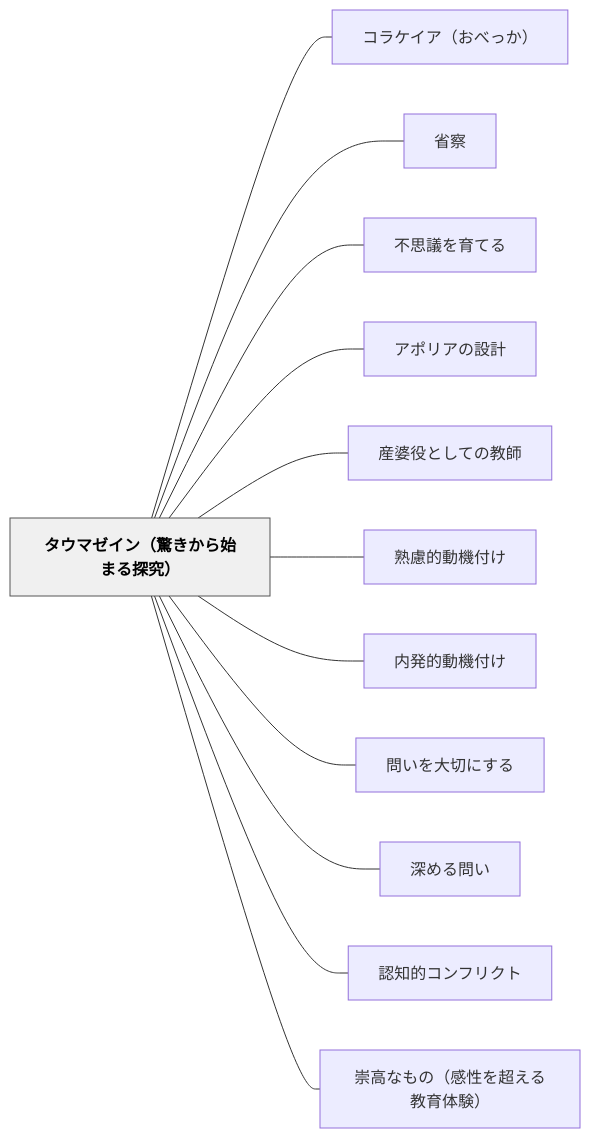
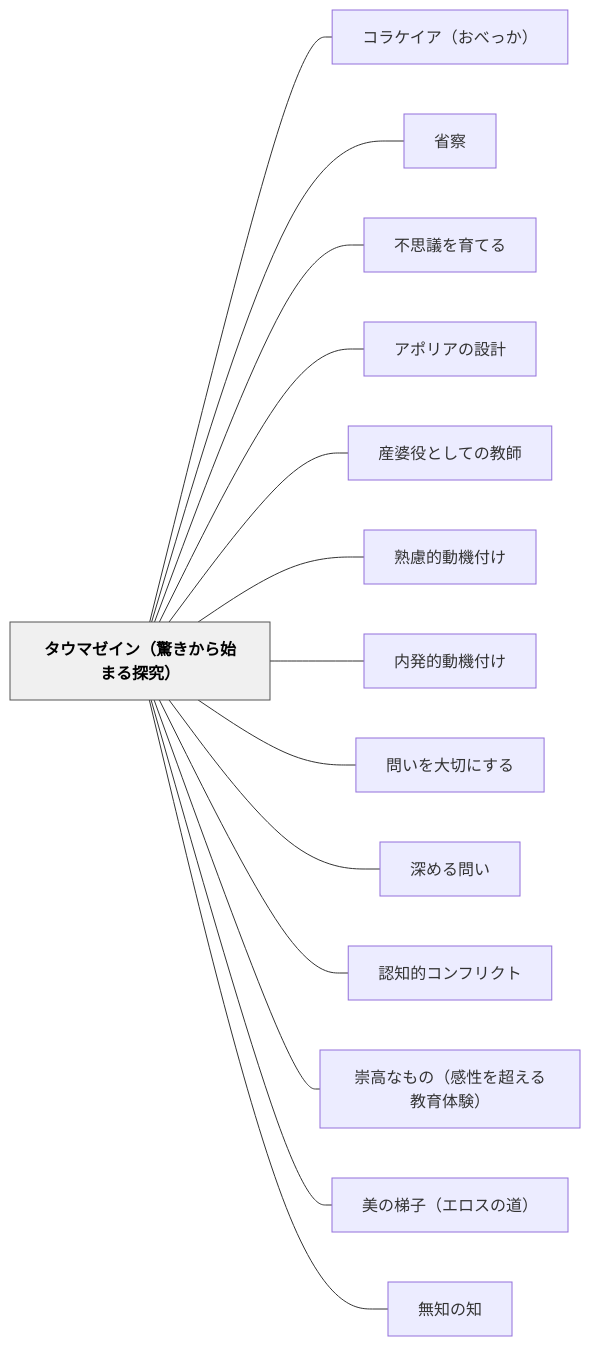
One commit to unknownthings-ed-patterns/unknownthings-ed-patterns changed the diagram in content/パタン/タウマゼイン（驚きから始まる探究）.md. Above: the diagram before and after it, drawn with Mermaid. The commit also changed other lines of this file and 16 other files, not shown here.

````diff
--- a/content/パタン/タウマゼイン（驚きから始まる探究）.md
+++ b/content/パタン/タウマゼイン（驚きから始まる探究）.md
@@ -116,30 +145,34 @@
 ```mermaid
 flowchart LR
     ne382bfe382a6e3839ee382bce382a4e383b3efbc88e9a99ae3818de3818be38289e5a78be381bee3828be68ea2e7a9b6efbc89["タウマゼイン（驚きから始まる探究）"]
     ne382b3e383a9e382b1e382a4e382a2efbc88e3818ae381b9e381a3e3818befbc89["コラケイア（おべっか）"]
     ne79c81e5af9f["省察"]
     ne4b88de6809de8adb0e38292e882b2e381a6e3828b["不思議を育てる"]
     ne382a2e3839de383aae382a2e381aee8a8ade8a888["アポリアの設計"]
     ne794a3e5a986e5bdb9e381a8e38197e381a6e381aee69599e5b8ab["産婆役としての教師"]
     ne7869fe685aee79a84e58b95e6a99fe4bb98e38191["熟慮的動機付け"]
     ne58685e799bae79a84e58b95e6a99fe4bb98e38191["内発的動機付け"]
     ne5958fe38184e38292e5a4a7e58887e381abe38199e3828b["問いを大切にする"]
     ne6b7b1e38281e3828be5958fe38184["深める問い"]
     ne8aa8de79fa5e79a84e382b3e383b3e38395e383aae382afe38388["認知的コンフリクト"]
     ne5b487e9ab98e381aae38282e381aeefbc88e6849fe680a7e38292e8b685e38188e3828be69599e882b2e4bd93e9a893efbc89["崇高なもの（感性を超える教育体験）"]
+    ne7be8ee381aee6a2afe5ad90efbc88e382a8e383ade382b9e381aee98193efbc89["美の梯子（エロスの道）"]
+    ne784a1e79fa5e381aee79fa5["無知の知"]
 
     ne382bfe382a6e3839ee382bce382a4e383b3efbc88e9a99ae3818de3818be38289e5a78be381bee3828be68ea2e7a9b6efbc89 --- ne382b3e383a9e382b1e382a4e382a2efbc88e3818ae381b9e381a3e3818befbc89
     ne382bfe382a6e3839ee382bce382a4e383b3efbc88e9a99ae3818de3818be38289e5a78be381bee3828be68ea2e7a9b6efbc89 --- ne79c81e5af9f
     ne382bfe382a6e3839ee382bce382a4e383b3efbc88e9a99ae3818de3818be38289e5a78be381bee3828be68ea2e7a9b6efbc89 --- ne4b88de6809de8adb0e38292e882b2e381a6e3828b
     ne382bfe382a6e3839ee382bce382a4e383b3efbc88e9a99ae3818de3818be38289e5a78be381bee3828be68ea2e7a9b6efbc89 --- ne382a2e3839de383aae382a2e381aee8a8ade8a888
     ne382bfe382a6e3839ee382bce382a4e383b3efbc88e9a99ae3818de3818be38289e5a78be381bee3828be68ea2e7a9b6efbc89 --- ne794a3e5a986e5bdb9e381a8e38197e381a6e381aee69599e5b8ab
     ne382bfe382a6e3839ee382bce382a4e383b3efbc88e9a99ae3818de3818be38289e5a78be381bee3828be68ea2e7a9b6efbc89 --- ne7869fe685aee79a84e58b95e6a99fe4bb98e38191
     ne382bfe382a6e3839ee382bce382a4e383b3efbc88e9a99ae3818de3818be38289e5a78be381bee3828be68ea2e7a9b6efbc89 --- ne58685e799bae79a84e58b95e6a99fe4bb98e38191
     ne382bfe382a6e3839ee382bce382a4e383b3efbc88e9a99ae3818de3818be38289e5a78be381bee3828be68ea2e7a9b6efbc89 --- ne5958fe38184e38292e5a4a7e58887e381abe38199e3828b
     ne382bfe382a6e3839ee382bce382a4e383b3efbc88e9a99ae3818de3818be38289e5a78be381bee3828be68ea2e7a9b6efbc89 --- ne6b7b1e38281e3828be5958fe38184
     ne382bfe382a6e3839ee382bce382a4e383b3efbc88e9a99ae3818de3818be38289e5a78be381bee3828be68ea2e7a9b6efbc89 --- ne8aa8de79fa5e79a84e382b3e383b3e38395e383aae382afe38388
     ne382bfe382a6e3839ee382bce382a4e383b3efbc88e9a99ae3818de3818be38289e5a78be381bee3828be68ea2e7a9b6efbc89 --- ne5b487e9ab98e381aae38282e381aeefbc88e6849fe680a7e38292e8b685e38188e3828be69599e882b2e4bd93e9a893efbc89
+    ne382bfe382a6e3839ee382bce382a4e383b3efbc88e9a99ae3818de3818be38289e5a78be381bee3828be68ea2e7a9b6efbc89 --- ne7be8ee381aee6a2afe5ad90efbc88e382a8e383ade382b9e381aee98193efbc89
+    ne382bfe382a6e3839ee382bce382a4e383b3efbc88e9a99ae3818de3818be38289e5a78be381bee3828be68ea2e7a9b6efbc89 --- ne784a1e79fa5e381aee79fa5
 
     classDef hub fill:#f0f0f0,stroke:#555,color:#000,font-weight:bold
     class ne382bfe382a6e3839ee382bce382a4e383b3efbc88e9a99ae3818de3818be38289e5a78be381bee3828be68ea2e7a9b6efbc89 hub
 ```
````
